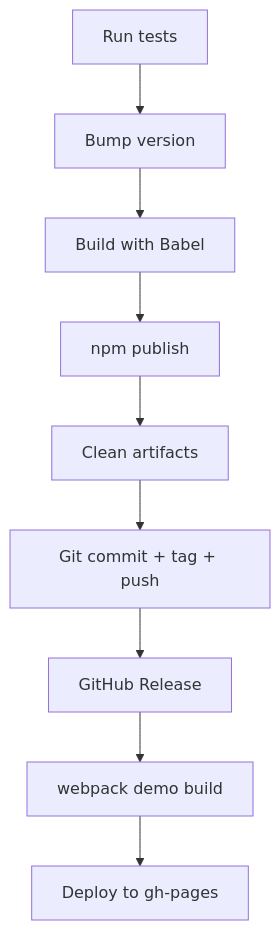
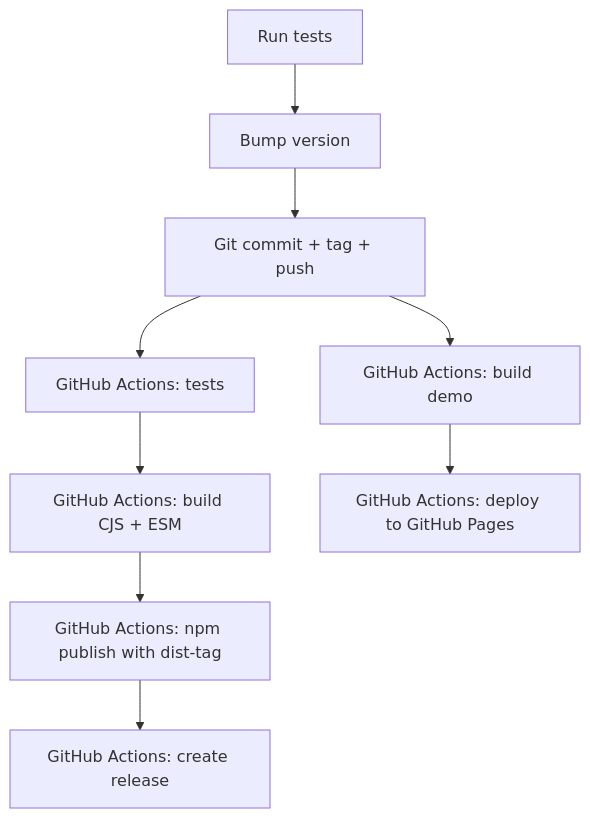
Before and after one commit to mdaushi/react-pivottable: the second of 2 diagrams in README.md, drawn with Mermaid. The commit also changed other lines of this file and 1 other file, not shown here.

````diff
--- a/README.md
+++ b/README.md
@@ -525,11 +553,11 @@
 ```mermaid
 flowchart TD
     A[Run tests] --> B[Bump version]
-    B --> C[Build with Babel]
-    C --> D[npm publish]
-    D --> E[Clean artifacts]
-    E --> F[Git commit + tag + push]
-    F --> G[GitHub Release]
-    G --> H[webpack demo build]
-    H --> I[Deploy to gh-pages]
+    B --> C[Git commit + tag + push]
+    C --> D[GitHub Actions: tests]
+    D --> E[GitHub Actions: build CJS + ESM]
+    E --> F[GitHub Actions: npm publish with dist-tag]
+    F --> G[GitHub Actions: create release]
+    C --> H[GitHub Actions: build demo]
+    H --> I[GitHub Actions: deploy to GitHub Pages]
 ```
````
